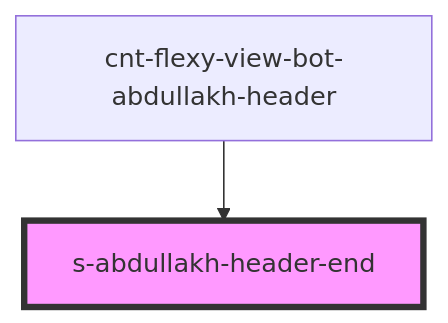
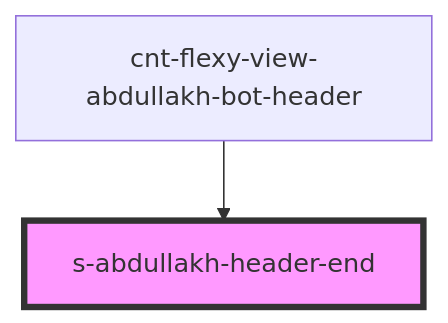
One commit to Wokh-Dada/botdevelopmentapp changed the diagram in src/components/cnt-flexy-view-abdullakh-bot-header-1_0_0/res/view/cnt-flexy-view-abdullakh-bot-header/res/view/s-abdullakh-header-end/readme.md. Above: the diagram before and after it, drawn with Mermaid. The commit also changed other lines of this file and 24 other files, not shown here.

````diff
--- a/src/components/cnt-flexy-view-abdullakh-bot-header-1_0_0/res/view/cnt-flexy-view-abdullakh-bot-header/res/view/s-abdullakh-header-end/readme.md
+++ b/src/components/cnt-flexy-view-abdullakh-bot-header-1_0_0/res/view/cnt-flexy-view-abdullakh-bot-header/res/view/s-abdullakh-header-end/readme.md
@@ -29,5 +29,5 @@
 ```mermaid
 graph TD;
-  cnt-flexy-view-bot-abdullakh-header --> s-abdullakh-header-end
+  cnt-flexy-view-abdullakh-bot-header --> s-abdullakh-header-end
   style s-abdullakh-header-end fill:#f9f,stroke:#333,stroke-width:4px
 ```
````
